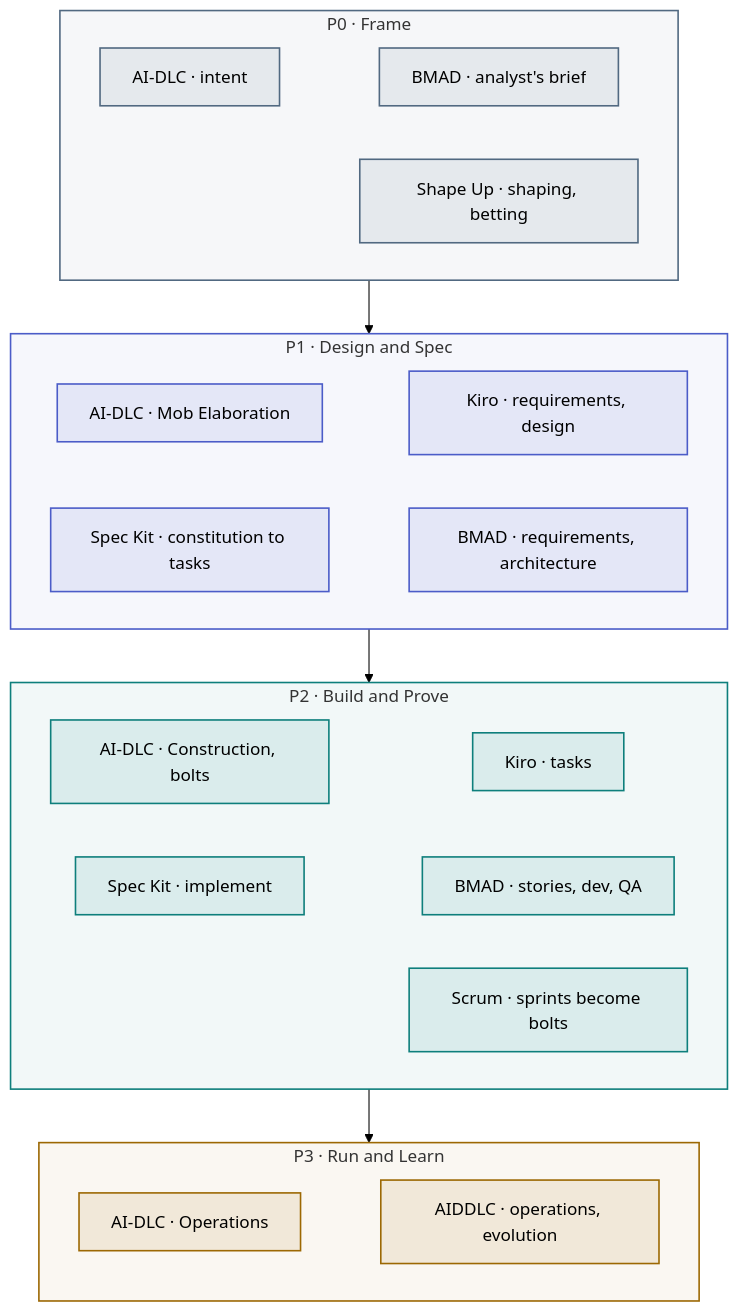
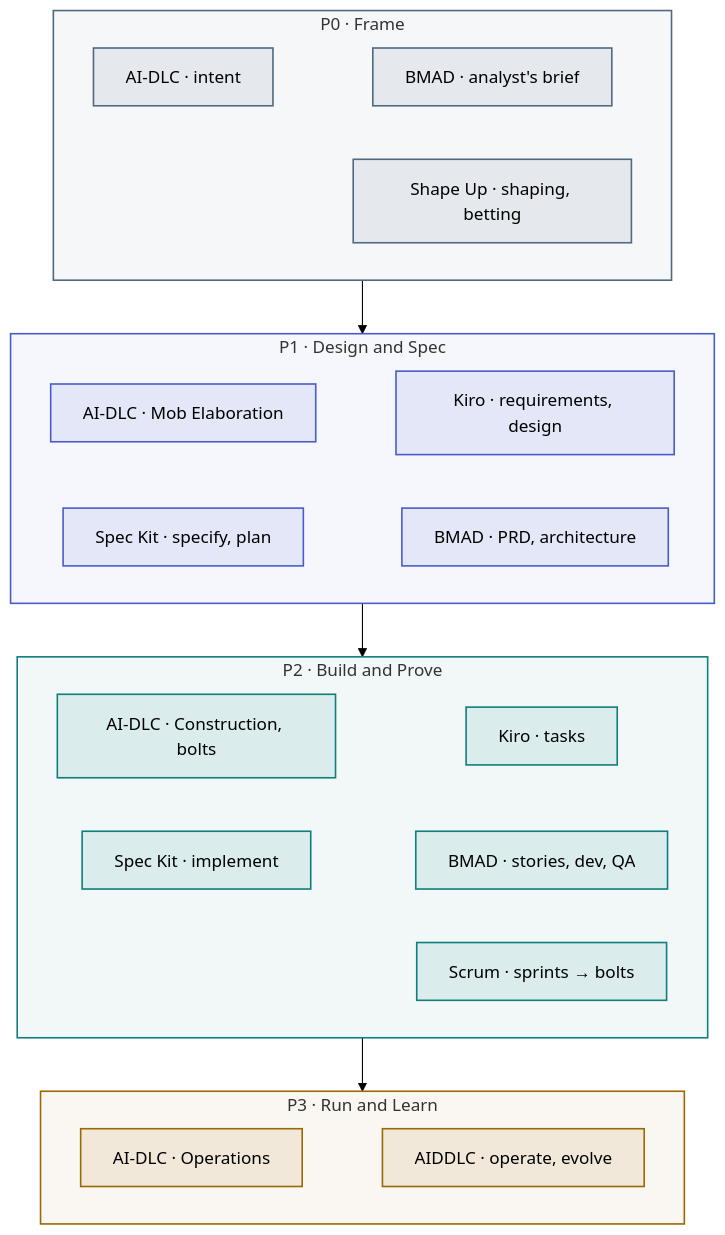
One commit to akash-coded/aws-bedrock-agentcore-strands changed the diagram in site/content/learn/lessons/one-lifecycle-for-every-method.md. Above: the diagram before and after it, drawn with Mermaid (forest theme). The commit also changed 82 other files, not shown here.

````diff
--- a/site/content/learn/lessons/one-lifecycle-for-every-method.md
+++ b/site/content/learn/lessons/one-lifecycle-for-every-method.md
@@ -18,37 +18,37 @@
 ```mermaid
 flowchart TB
   subgraph F["P0 · Frame"]
     direction LR
     F1["AI-DLC · intent"] ~~~ F2["BMAD · analyst's brief"]
     F4["Shape Up · shaping, betting"]
   end
   subgraph S["P1 · Design and Spec"]
     direction LR
     S1["AI-DLC · Mob Elaboration"] ~~~ S2["Kiro · requirements, design"]
-    S3["Spec Kit · constitution to tasks"] ~~~ S4["BMAD · requirements, architecture"]
+    S3["Spec Kit · specify, plan"] ~~~ S4["BMAD · PRD, architecture"]
   end
   subgraph B["P2 · Build and Prove"]
     direction LR
     B1["AI-DLC · Construction, bolts"] ~~~ B2["Kiro · tasks"]
     B3["Spec Kit · implement"] ~~~ B4["BMAD · stories, dev, QA"]
-    B5["Scrum · sprints become bolts"]
+    B5["Scrum · sprints → bolts"]
   end
   subgraph R["P3 · Run and Learn"]
     direction LR
-    R1["AI-DLC · Operations"] ~~~ R2["AIDDLC · operations, evolution"]
+    R1["AI-DLC · Operations"] ~~~ R2["AIDDLC · operate, evolve"]
   end
   F --> S --> B --> R
 
   classDef p0 fill:#5169811A,stroke:#516981,stroke-width:1.5px
   classDef p1 fill:#4B5CC81A,stroke:#4B5CC8,stroke-width:1.5px
   classDef p2 fill:#0E7F7C1A,stroke:#0E7F7C,stroke-width:1.5px
   classDef p3 fill:#9C68031A,stroke:#9C6803,stroke-width:1.5px
   class F1,F2,F4 p0
   class S1,S2,S3,S4 p1
   class B1,B2,B3,B4,B5 p2
   class R1,R2 p3
   style F fill:#5169810D,stroke:#516981,stroke-width:1.5px
   style S fill:#4B5CC80D,stroke:#4B5CC8,stroke-width:1.5px
   style B fill:#0E7F7C0D,stroke:#0E7F7C,stroke-width:1.5px
   style R fill:#9C68030D,stroke:#9C6803,stroke-width:1.5px
 ```
````
